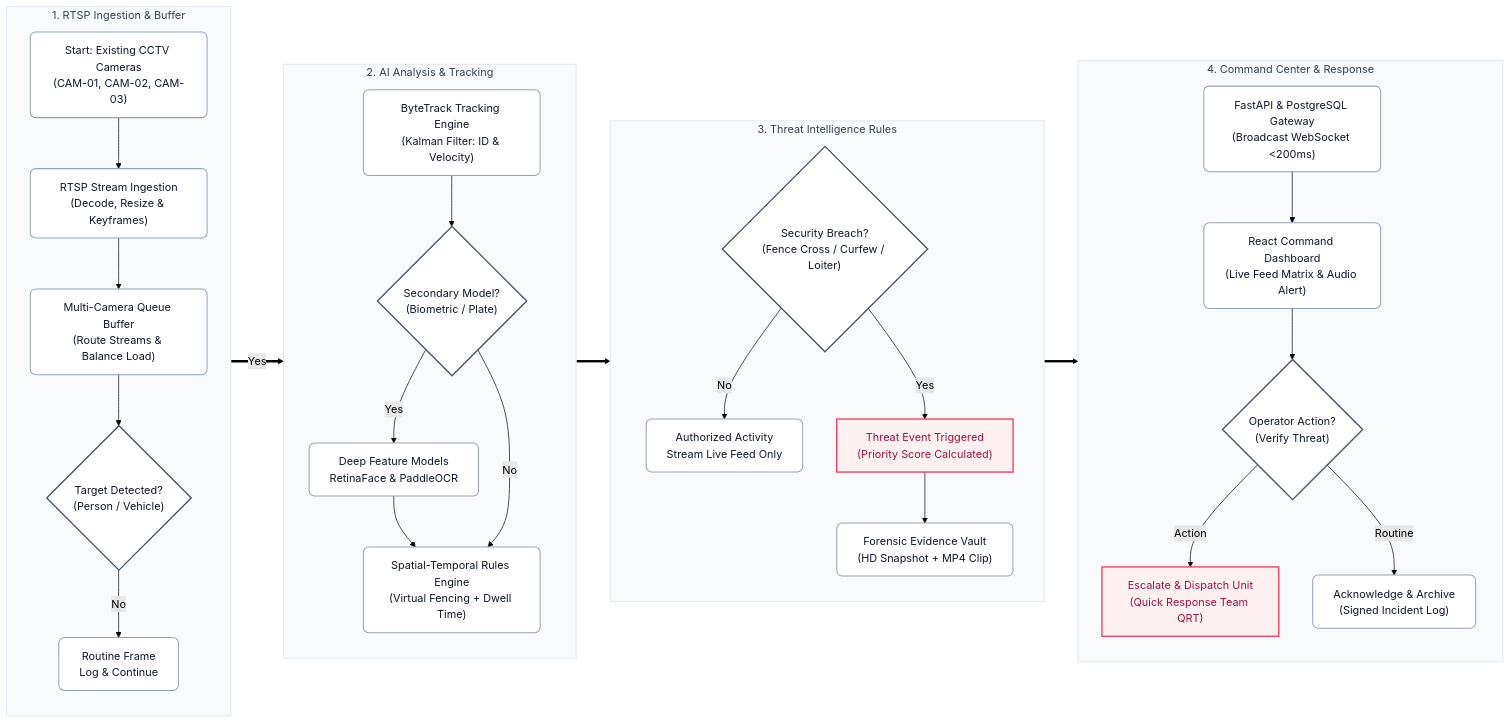
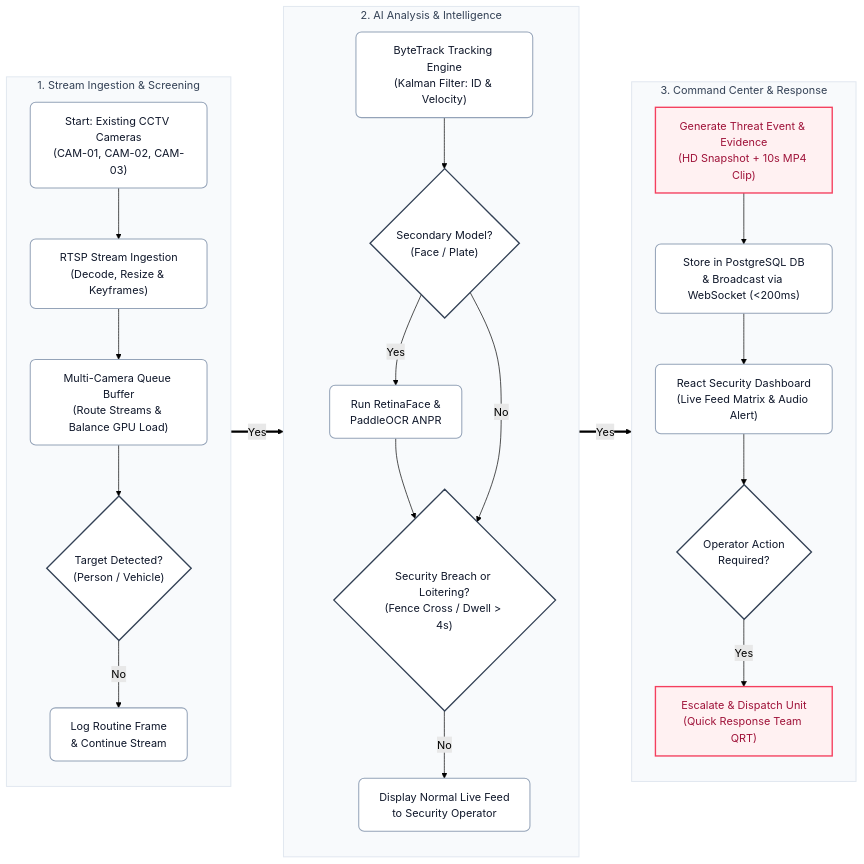
Before and after one commit to Akshat-coder-101/sih: the first of 3 diagrams in README.md, drawn with Mermaid (forest theme). The commit also changed other lines of this file and 8 other files, not shown here.

Commit message:
refactor(flowchart): keep single perfected half-slide flowchart and clean up redundant files

````diff
--- a/README.md
+++ b/README.md
@@ -21,69 +21,56 @@
 ```mermaid
 flowchart LR
     %% Styling Classes
     classDef card fill:#ffffff,stroke:#94a3b8,stroke-width:1.5px,color:#0f172a,rx:8px,ry:8px;
-    classDef decision fill:#ffffff,stroke:#475569,stroke-width:2px,color:#0f172a;
+    classDef decision fill:#ffffff,stroke:#334155,stroke-width:2px,color:#0f172a;
     classDef alert fill:#fff1f2,stroke:#f43f5e,stroke-width:2px,color:#9f1239;
     classDef subg fill:#f8fafc,stroke:#e2e8f0,stroke-width:1.5px,color:#334155;
 
-    %% Column 1: Ingestion
-    subgraph COL1["1. RTSP Ingestion & Buffer"]
+    %% Column 1: Ingestion & Target Filtering
+    subgraph COL1["1. Stream Ingestion & Screening"]
         direction TB
         START["Start: Existing CCTV Cameras<br/>(CAM-01, CAM-02, CAM-03)"]:::card
         INGEST["RTSP Stream Ingestion<br/>(Decode, Resize & Keyframes)"]:::card
-        QUEUE["Multi-Camera Queue Buffer<br/>(Route Streams & Balance Load)"]:::card
+        QUEUE["Multi-Camera Queue Buffer<br/>(Route Streams & Balance GPU Load)"]:::card
         DEC_TARGET{"Target Detected?<br/>(Person / Vehicle)"}:::decision
-        DISCARD["Routine Frame<br/>Log & Continue"]:::card
+        DISCARD["Log Routine Frame<br/>& Continue Stream"]:::card
 
         START --> INGEST --> QUEUE --> DEC_TARGET
         DEC_TARGET -- No --> DISCARD
     end
     class COL1 subg;
 
-    %% Column 2: AI Pipeline & Tracking
-    subgraph COL2["2. AI Analysis & Tracking"]
+    %% Column 2: AI Pipeline & Intelligence
+    subgraph COL2["2. AI Analysis & Intelligence"]
         direction TB
         TRACK["ByteTrack Tracking Engine<br/>(Kalman Filter: ID & Velocity)"]:::card
-        DEC_SECONDARY{"Secondary Model?<br/>(Biometric / Plate)"}:::decision
-        OCR_FACE["Deep Feature Models<br/>RetinaFace & PaddleOCR"]:::card
-        RULES["Spatial-Temporal Rules Engine<br/>(Virtual Fencing + Dwell Time)"]:::card
+        DEC_SECONDARY{"Secondary Model?<br/>(Face / Plate)"}:::decision
+        OCR_FACE["Run RetinaFace &<br/>PaddleOCR ANPR"]:::card
+        DEC_BREACH{"Security Breach or Loitering?<br/>(Fence Cross / Dwell > 4s)"}:::decision
+        NORMAL_LIVE["Display Normal Live Feed<br/>to Security Operator"]:::card
 
         TRACK --> DEC_SECONDARY
-        DEC_SECONDARY -- Yes --> OCR_FACE --> RULES
-        DEC_SECONDARY -- No --> RULES
+        DEC_SECONDARY -- Yes --> OCR_FACE --> DEC_BREACH
+        DEC_SECONDARY -- No --> DEC_BREACH
+        DEC_BREACH -- No --> NORMAL_LIVE
     end
     class COL2 subg;
 
-    %% Column 3: Threat Intelligence
-    subgraph COL3["3. Threat Intelligence Rules"]
+    %% Column 3: Command Center & Tactical Response
+    subgraph COL3["3. Command Center & Response"]
         direction TB
-        DEC_BREACH{"Security Breach?<br/>(Fence Cross / Curfew / Loiter)"}:::decision
-        NORMAL_LIVE["Authorized Activity<br/>Stream Live Feed Only"]:::card
-        ALERT_EVI["Threat Event Triggered<br/>(Priority Score Calculated)"]:::alert
-        EVIDENCE["Forensic Evidence Vault<br/>(HD Snapshot + MP4 Clip)"]:::card
+        GEN_ALERT["Generate Threat Event & Evidence<br/>(HD Snapshot + 10s MP4 Clip)"]:::alert
+        GATEWAY["Store in PostgreSQL DB<br/>& Broadcast via WebSocket (<200ms)"]:::card
+        DASH["React Security Dashboard<br/>(Live Feed Matrix & Audio Alert)"]:::card
+        DEC_OP{"Operator Action<br/>Required?"}:::decision
+        DISPATCH["Escalate & Dispatch Unit<br/>(Quick Response Team QRT)"]:::alert
 
-        DEC_BREACH -- No --> NORMAL_LIVE
-        DEC_BREACH -- Yes --> ALERT_EVI --> EVIDENCE
+        GEN_ALERT --> GATEWAY --> DASH --> DEC_OP
+        DEC_OP -- Yes --> DISPATCH
     end
     class COL3 subg;
 
-    %% Column 4: Command Center & Action
-    subgraph COL4["4. Command Center & Response"]
-        direction TB
-        GATEWAY["FastAPI & PostgreSQL Gateway<br/>(Broadcast WebSocket &lt;200ms)"]:::card
-        DASH["React Command Dashboard<br/>(Live Feed Matrix & Audio Alert)"]:::card
-        DEC_OP{"Operator Action?<br/>(Verify Threat)"}:::decision
-        DISPATCH["Escalate & Dispatch Unit<br/>(Quick Response Team QRT)"]:::alert
-        ARCHIVE["Acknowledge & Archive<br/>(Signed Incident Log)"]:::card
-
-        GATEWAY --> DASH --> DEC_OP
-        DEC_OP -- Action --> DISPATCH
-        DEC_OP -- Routine --> ARCHIVE
-    end
-    class COL4 subg;
-
-    %% Cross-Column Interconnections
+    %% Cross-Column Stream Flow
     DEC_TARGET == Yes ==> TRACK
-    RULES ==> DEC_BREACH
-    EVIDENCE ==> GATEWAY
+    DEC_BREACH == Yes ==> GEN_ALERT
 ```
````
